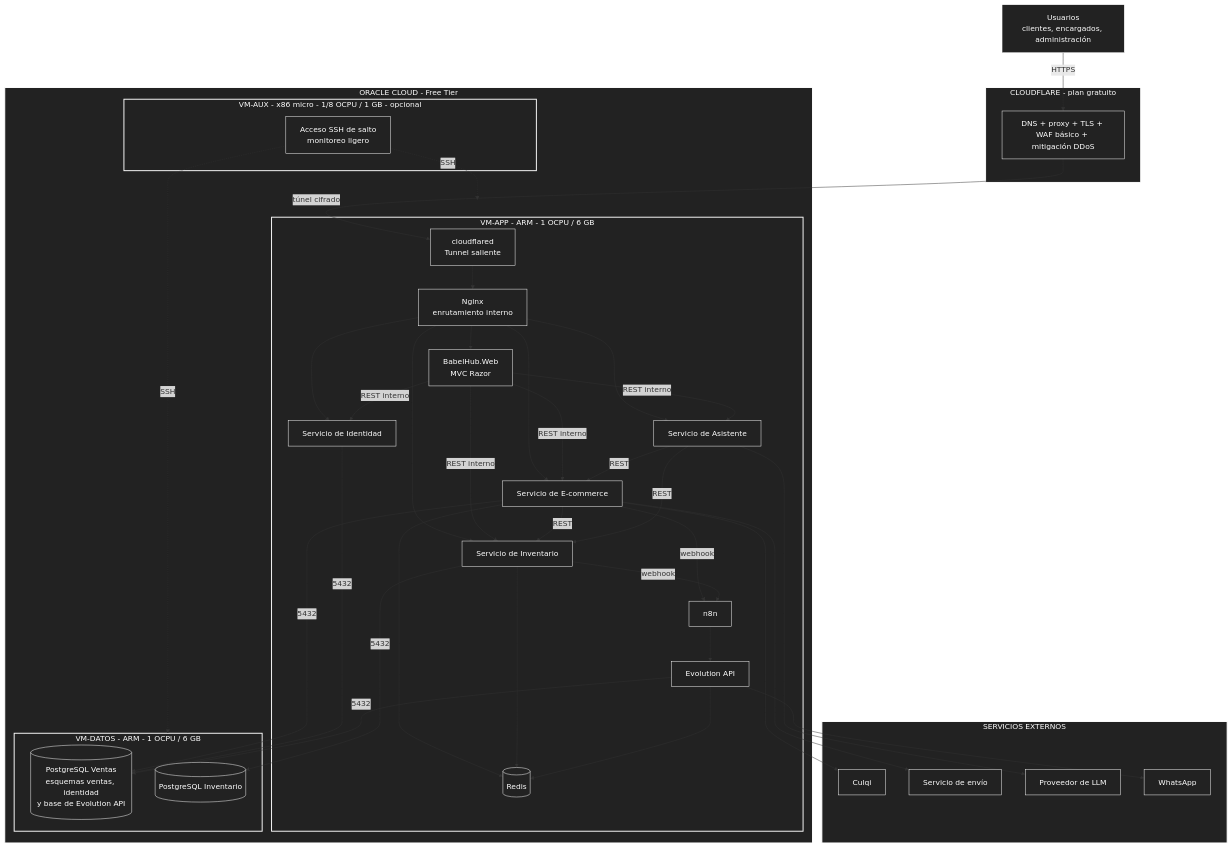
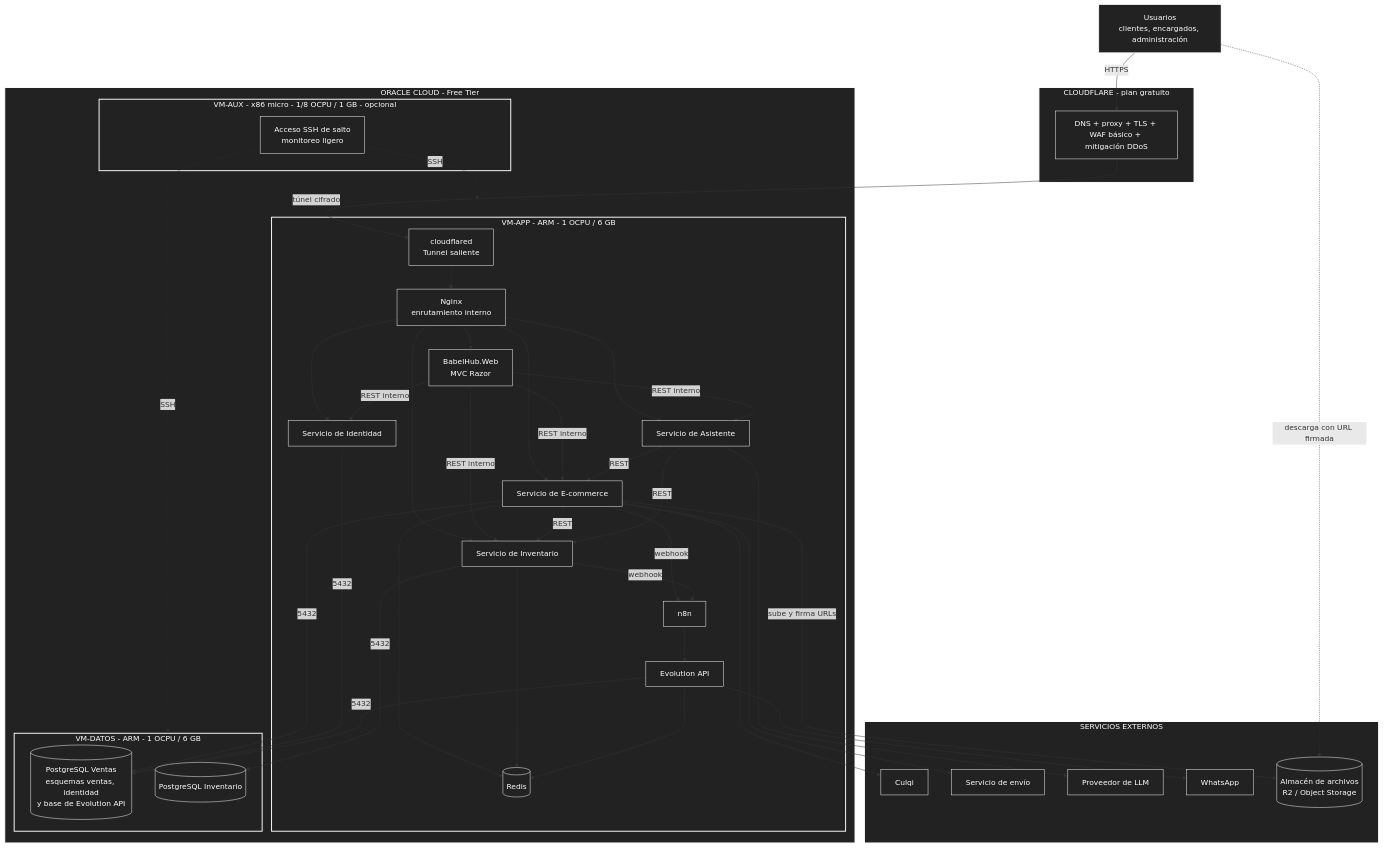
The diagram in docs/05-decisiones-arquitectonicas.md (P35C4D0R4B1050/BabelHub), drawn with Mermaid before and after one commit. The commit also changed other lines of this file and 1 other file, not shown here.

```diff
--- a/docs/05-decisiones-arquitectonicas.md
+++ b/docs/05-decisiones-arquitectonicas.md
@@ -92,6 +96,7 @@
 ENV["Servicio de envío"]
 LLM["Proveedor de LLM"]
 WA["WhatsApp"]
+ALM[("Almacén de archivos<br/>R2 / Object Storage")]
 end
 
 USR -->|"HTTPS"| CFE
@@ -120,6 +125,8 @@
 INV -->|"webhook"| N8N
 N8N --> EVO
 EVO --> WA
+ECO -->|"sube y firma URLs"| ALM
+USR -.->|"descarga con URL firmada"| ALM
 ECO --> PAG
 ECO --> ENV
 ASI --> LLM
@@ -140,6 +147,7 @@
 style N8N fill:#222,stroke:#fff,color:#fff
 style EVO fill:#222,stroke:#fff,color:#fff
 style WA fill:#222,stroke:#fff,color:#fff
+style ALM fill:#222,stroke:#fff,color:#fff
 style ECO fill:#222,stroke:#fff,color:#fff
 style INV fill:#222,stroke:#fff,color:#fff
 style IDE fill:#222,stroke:#fff,color:#fff
```
